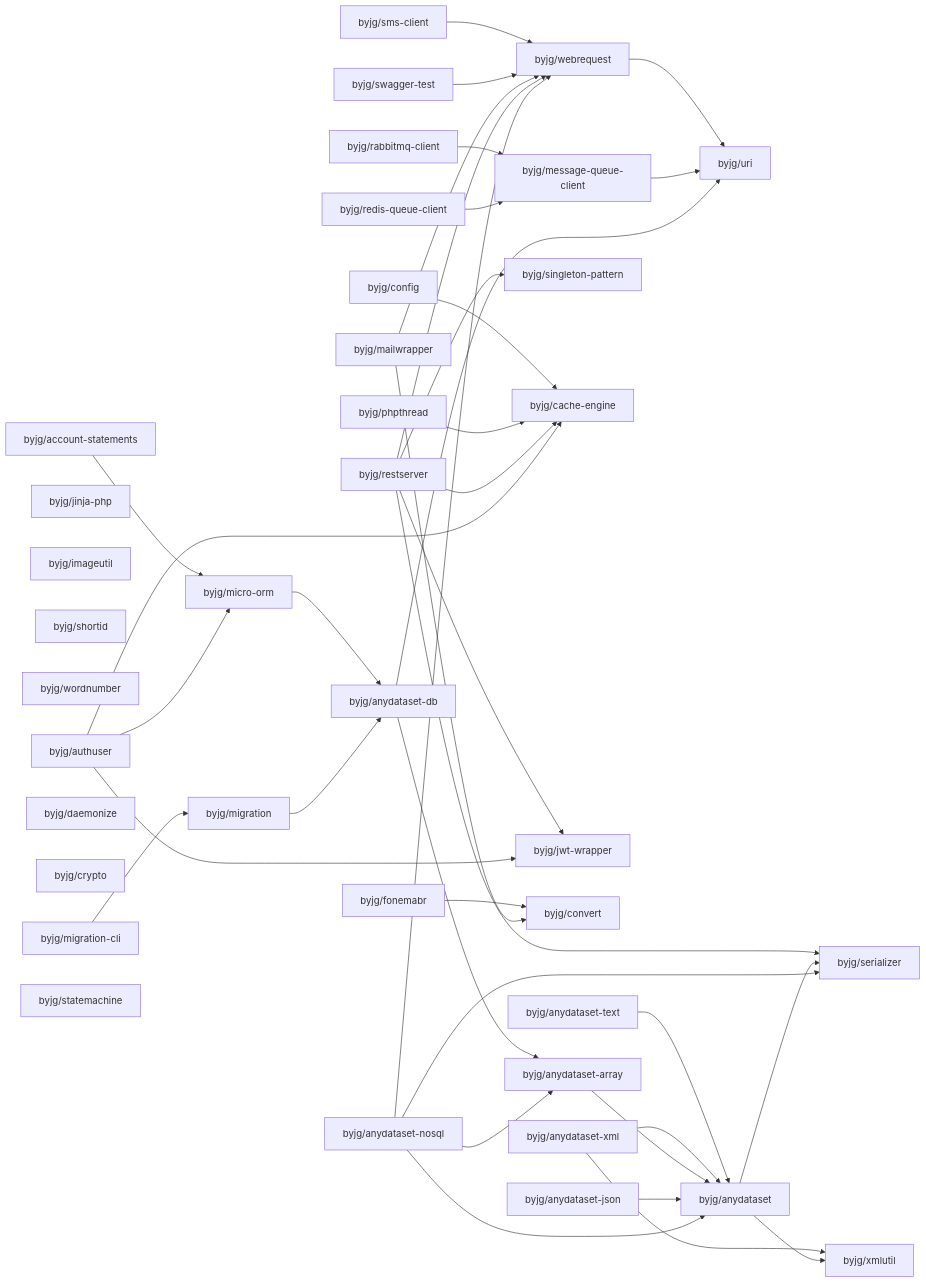
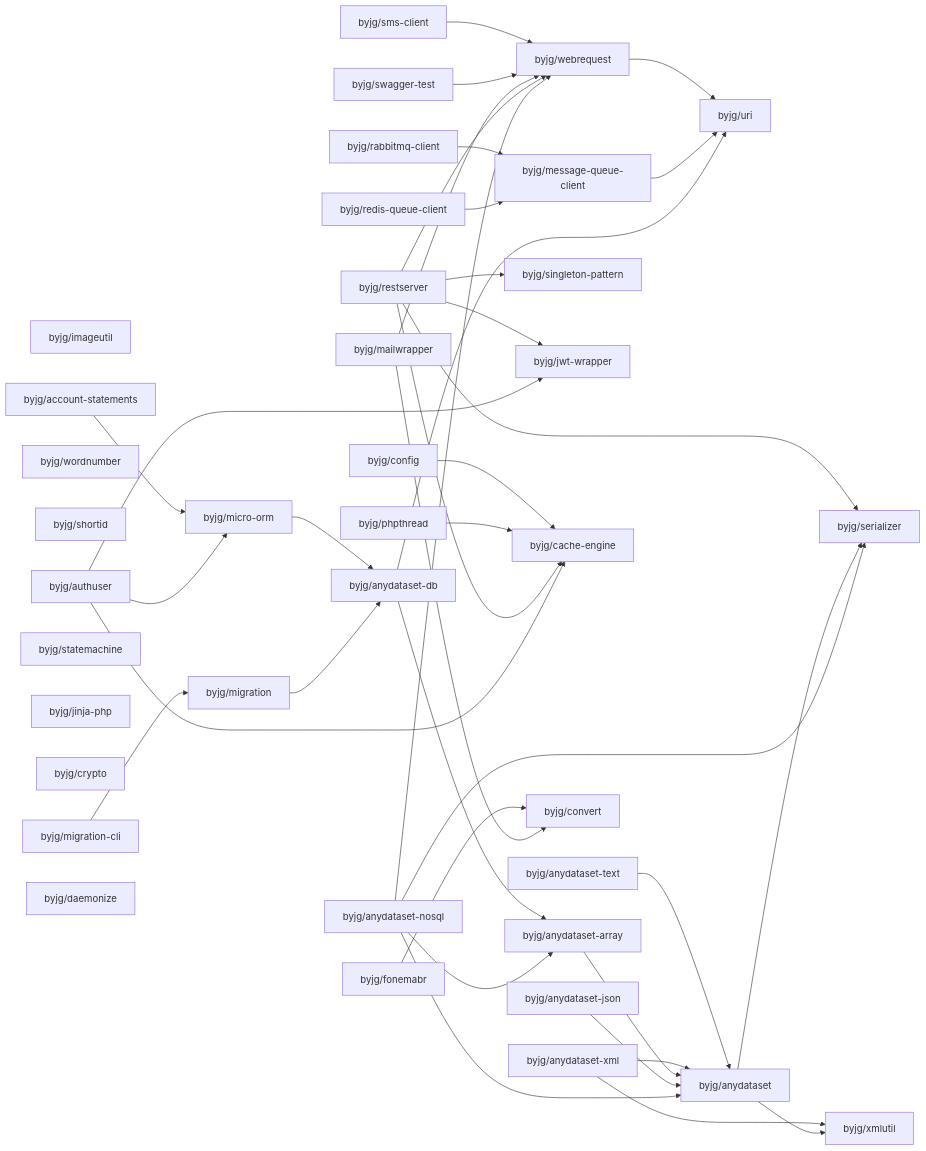
Before and after one commit to byjg/byjg.github.io: the diagram in php/README.md, drawn with Mermaid. The commit also changed other lines of this file and 1 other file, not shown here.

Commit message:
Update documentation 'php' 'php-anydataset-db'

````diff
--- a/php/README.md
+++ b/php/README.md
@@ -3,76 +3,76 @@
 ```mermaid
 graph LR;
-  byjg/config;
-  byjg/migration-cli;
-  byjg/rabbitmq-client;
-  byjg/jinja-php;
   byjg/imageutil;
   byjg/phpthread;
+  byjg/rabbitmq-client;
+  byjg/anydataset-nosql;
+  byjg/swagger-test;
+  byjg/migration-cli;
+  byjg/wordnumber;
+  byjg/restserver;
+  byjg/anydataset-text;
   byjg/shortid;
+  byjg/anydataset-json;
   byjg/anydataset-xml;
-  byjg/wordnumber;
-  byjg/swagger-test;
-  byjg/restserver;
-  byjg/fonemabr;
   byjg/authuser;
-  byjg/daemonize;
-  byjg/anydataset-text;
-  byjg/anydataset-json;
+  byjg/redis-queue-client;
+  byjg/sms-client;
+  byjg/statemachine;
+  byjg/jinja-php;
+  byjg/config;
   byjg/mailwrapper;
   byjg/crypto;
+  byjg/fonemabr;
   byjg/account-statements;
-  byjg/sms-client;
-  byjg/redis-queue-client;
-  byjg/anydataset-nosql;
-  byjg/statemachine;
+  byjg/daemonize;
   byjg/migration;
   byjg/singleton-pattern;
+  byjg/jwt-wrapper;
+  byjg/message-queue-client;
   byjg/cache-engine;
-  byjg/jwt-wrapper;
+  byjg/webrequest;
   byjg/convert;
   byjg/micro-orm;
-  byjg/message-queue-client;
-  byjg/webrequest;
   byjg/anydataset-db;
   byjg/anydataset-array;
   byjg/uri;
   byjg/anydataset;
   byjg/serializer;
   byjg/xmlutil;
   byjg/sms-client --> byjg/webrequest;
   byjg/fonemabr --> byjg/convert;
   byjg/config --> byjg/cache-engine;
   byjg/anydataset-text --> byjg/anydataset;
   byjg/webrequest --> byjg/uri;
   byjg/account-statements --> byjg/micro-orm;
   byjg/rabbitmq-client --> byjg/message-queue-client;
   byjg/micro-orm --> byjg/anydataset-db;
   byjg/phpthread --> byjg/cache-engine;
   byjg/swagger-test --> byjg/webrequest;
   byjg/anydataset-xml --> byjg/anydataset;
   byjg/anydataset-xml --> byjg/xmlutil;
   byjg/anydataset-array --> byjg/anydataset;
   byjg/mailwrapper --> byjg/convert;
   byjg/mailwrapper --> byjg/webrequest;
   byjg/message-queue-client --> byjg/uri;
   byjg/anydataset-db --> byjg/anydataset-array;
   byjg/anydataset-db --> byjg/uri;
   byjg/anydataset-json --> byjg/anydataset;
   byjg/migration --> byjg/anydataset-db;
   byjg/redis-queue-client --> byjg/message-queue-client;
   byjg/restserver --> byjg/serializer;
   byjg/restserver --> byjg/singleton-pattern;
   byjg/restserver --> byjg/cache-engine;
   byjg/restserver --> byjg/webrequest;
   byjg/restserver --> byjg/jwt-wrapper;
   byjg/authuser --> byjg/micro-orm;
   byjg/authuser --> byjg/cache-engine;
   byjg/authuser --> byjg/jwt-wrapper;
   byjg/migration-cli --> byjg/migration;
   byjg/anydataset --> byjg/serializer;
   byjg/anydataset --> byjg/xmlutil;
   byjg/anydataset-nosql --> byjg/anydataset;
   byjg/anydataset-nosql --> byjg/anydataset-array;
   byjg/anydataset-nosql --> byjg/serializer;
   byjg/anydataset-nosql --> byjg/webrequest;
 ```
````
